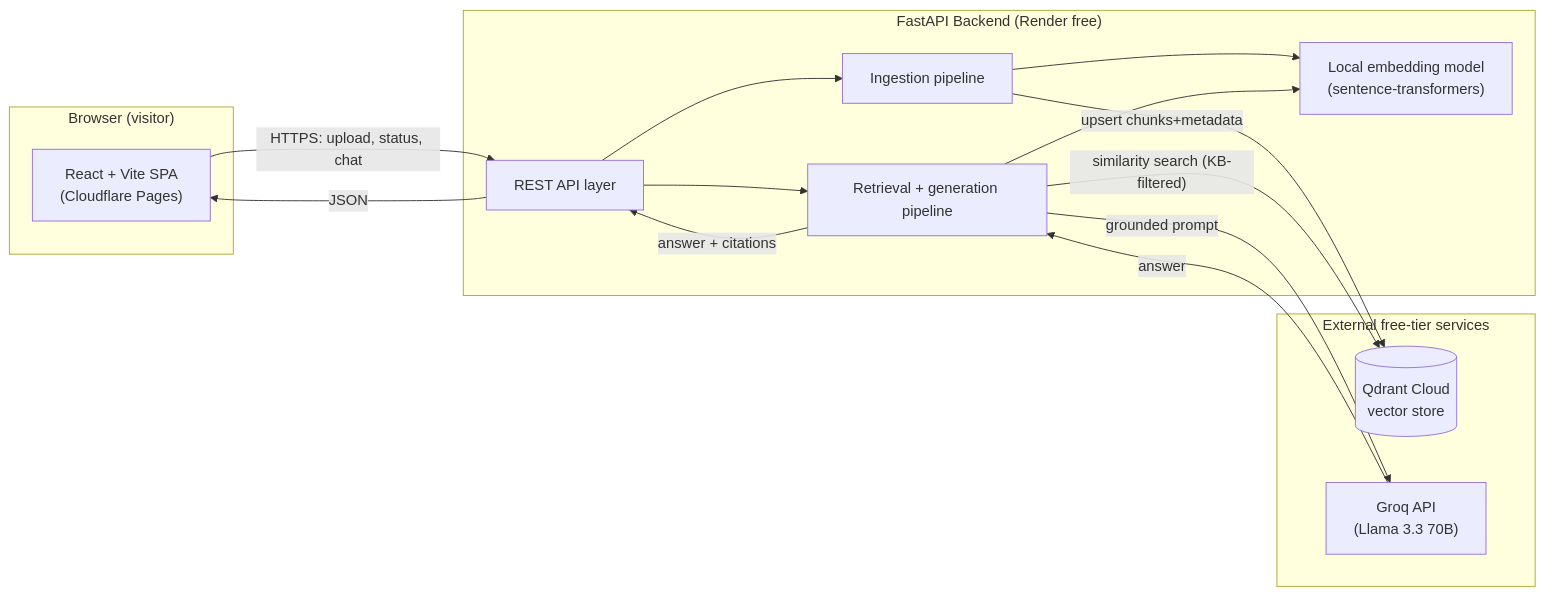
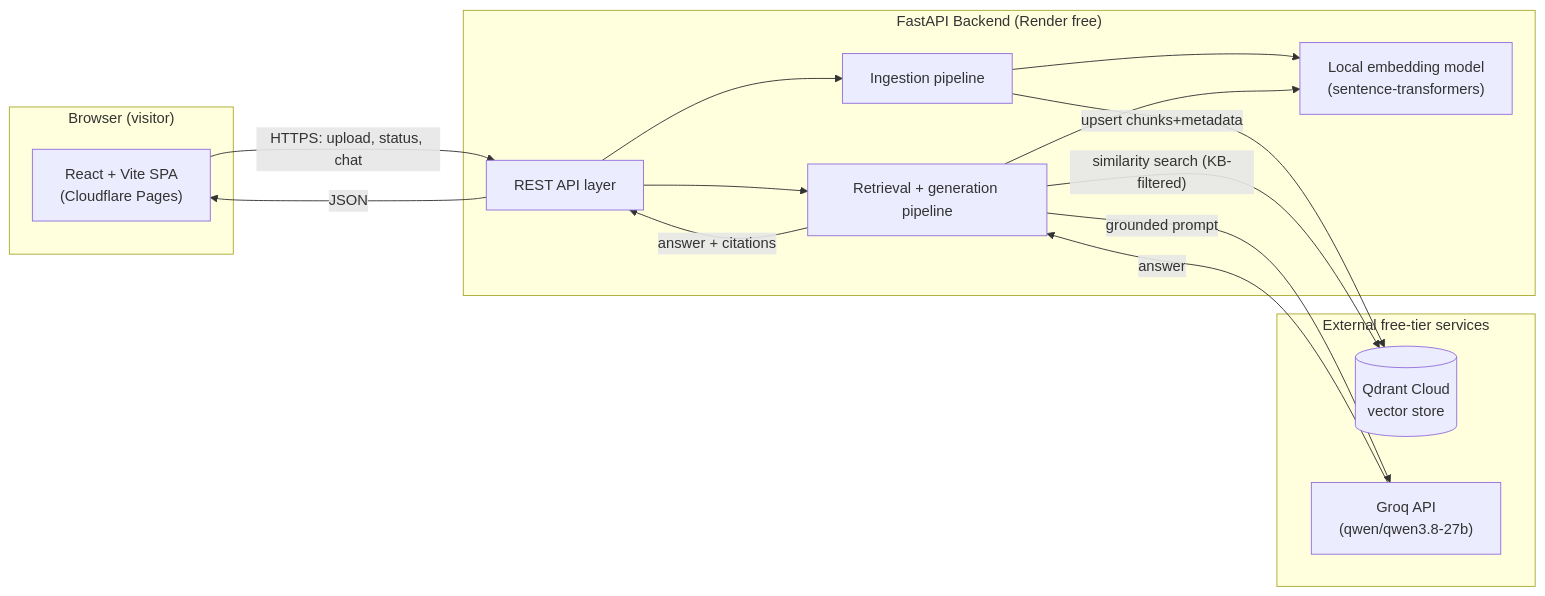
Before and after one commit to ameyg23/RAG_Project: the first of 4 diagrams in ARCHITECTURE.md, drawn with Mermaid. The commit also changed 2 other files, not shown here.

Commit message:
Fill in README (Phase 23, partial); document deferred deployment
Rewrites README.md with real content for every section not dependent on a
live deployment: overview, features, architecture, tech stack, setup
(re-verified against a true fresh-clone snapshot this session), real Phase
18 evaluation numbers, real Phase 19 test counts, and an honest
limitations section. Screenshots and the live demo link remain genuine
placeholders pending deployment.

Marks Phase 21/22 in ROADMAP.md as deliberately deferred by user choice
(more UI changes planned first), not blocked by anything technical other
than the account-creation step Claude can't perform itself. Also fixes a
stale ARCHITECTURE.md diagram still labeled the long-superseded Llama 3.3
70B instead of the actual qwen/qwen3.8-27b model (ADR-08).

````diff
--- a/ARCHITECTURE.md
+++ b/ARCHITECTURE.md
@@ -8,30 +8,30 @@
 ```mermaid
 flowchart LR
     subgraph Client["Browser (visitor)"]
         UI["React + Vite SPA\n(Cloudflare Pages)"]
     end
 
     subgraph Backend["FastAPI Backend (Render free)"]
         API["REST API layer"]
         ING["Ingestion pipeline"]
         RET["Retrieval + generation pipeline"]
         EMB["Local embedding model\n(sentence-transformers)"]
     end
 
     subgraph External["External free-tier services"]
         VDB[("Qdrant Cloud\nvector store")]
-        LLM["Groq API\n(Llama 3.3 70B)"]
+        LLM["Groq API\n(qwen/qwen3.8-27b)"]
     end
 
     UI -- "HTTPS: upload, status, chat" --> API
     API --> ING
     API --> RET
     ING --> EMB
     RET --> EMB
     ING -- "upsert chunks+metadata" --> VDB
     RET -- "similarity search (KB-filtered)" --> VDB
     RET -- "grounded prompt" --> LLM
     LLM -- "answer" --> RET
     RET -- "answer + citations" --> API
     API -- "JSON" --> UI
 ```
````
